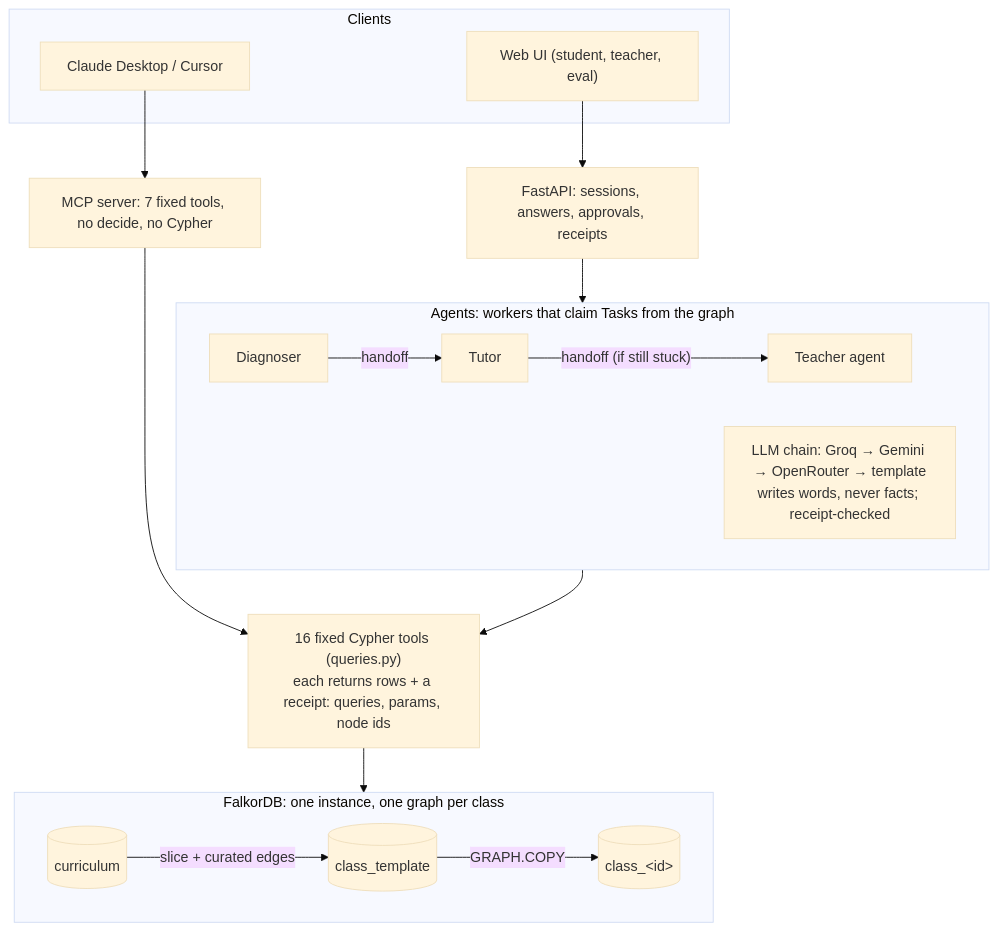
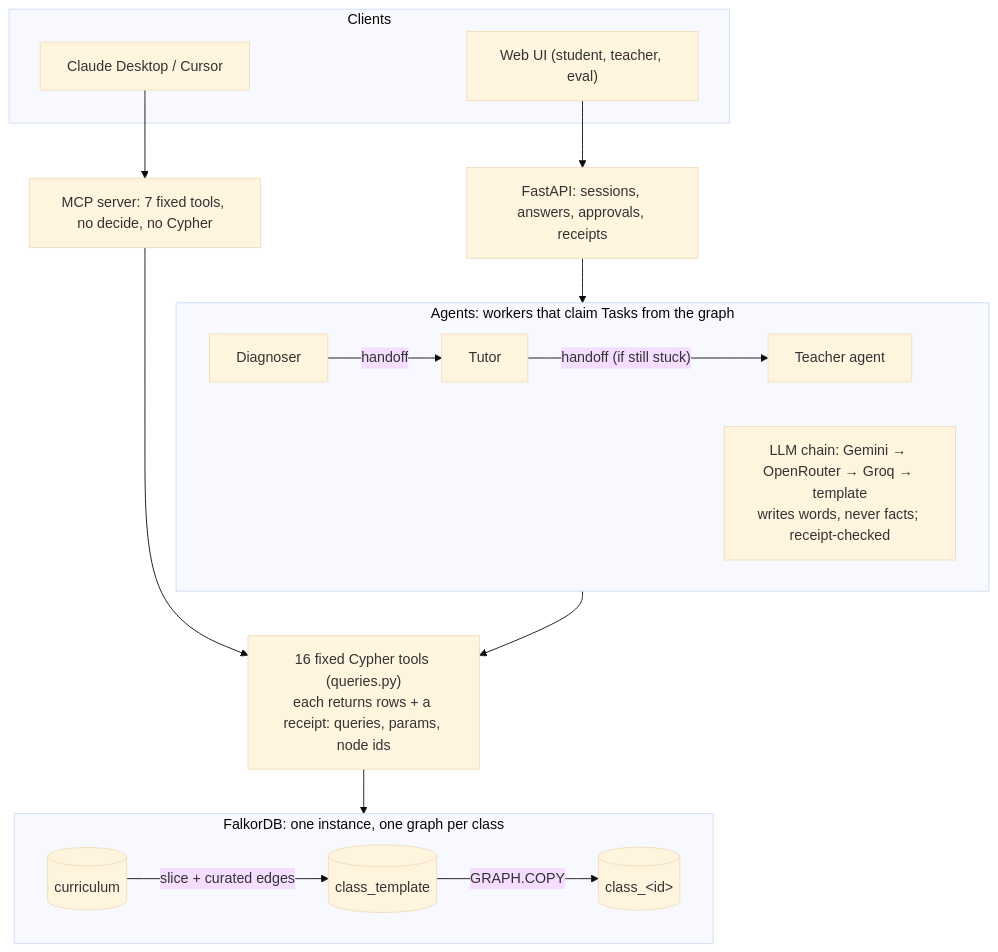
The diagram in README.md (pm2m1/unlearn), drawn with Mermaid (base theme) before and after one commit. The commit also changed other lines of this file and 12 other files, not shown here.

First line of the commit message:
Score A/B by offered ids, add B+ (graph as text), recall last diagnosed root first, chain Gemini models

````diff
--- a/README.md
+++ b/README.md
@@ -17,20 +17,20 @@
 ```mermaid
 flowchart TB
     subgraph Clients
         UI["Web UI (student, teacher, eval)"]
         MCP["Claude Desktop / Cursor"]
     end
     UI --> API["FastAPI: sessions, answers, approvals, receipts"]
     MCP --> MCPS["MCP server: 7 fixed tools, no decide, no Cypher"]
     API --> AG
     MCPS --> TOOLS
     subgraph AG["Agents: workers that claim Tasks from the graph"]
         D[Diagnoser] -- "handoff" --> T[Tutor] -- "handoff (if still stuck)" --> TE[Teacher agent]
-        LLM["LLM chain: Groq → Gemini → OpenRouter → template<br/>writes words, never facts; receipt-checked"]
+        LLM["LLM chain: Gemini → OpenRouter → Groq → template<br/>writes words, never facts; receipt-checked"]
     end
     AG --> TOOLS["16 fixed Cypher tools (queries.py)<br/>each returns rows + a receipt: queries, params, node ids"]
     TOOLS --> DB
     subgraph DB["FalkorDB: one instance, one graph per class"]
         CUR[(curriculum)] -- "slice + curated edges" --> TPL[(class_template)] -- "GRAPH.COPY" --> CLS[("class_&lt;id&gt;")]
     end
 ```
````
